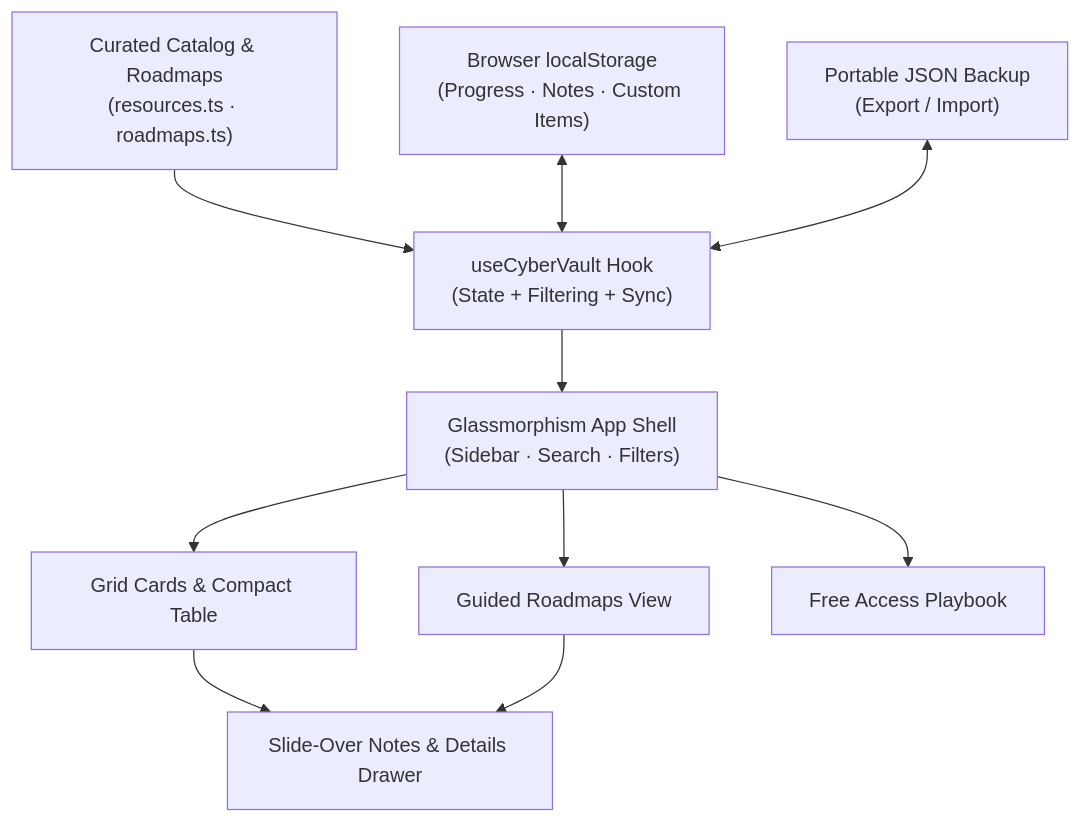
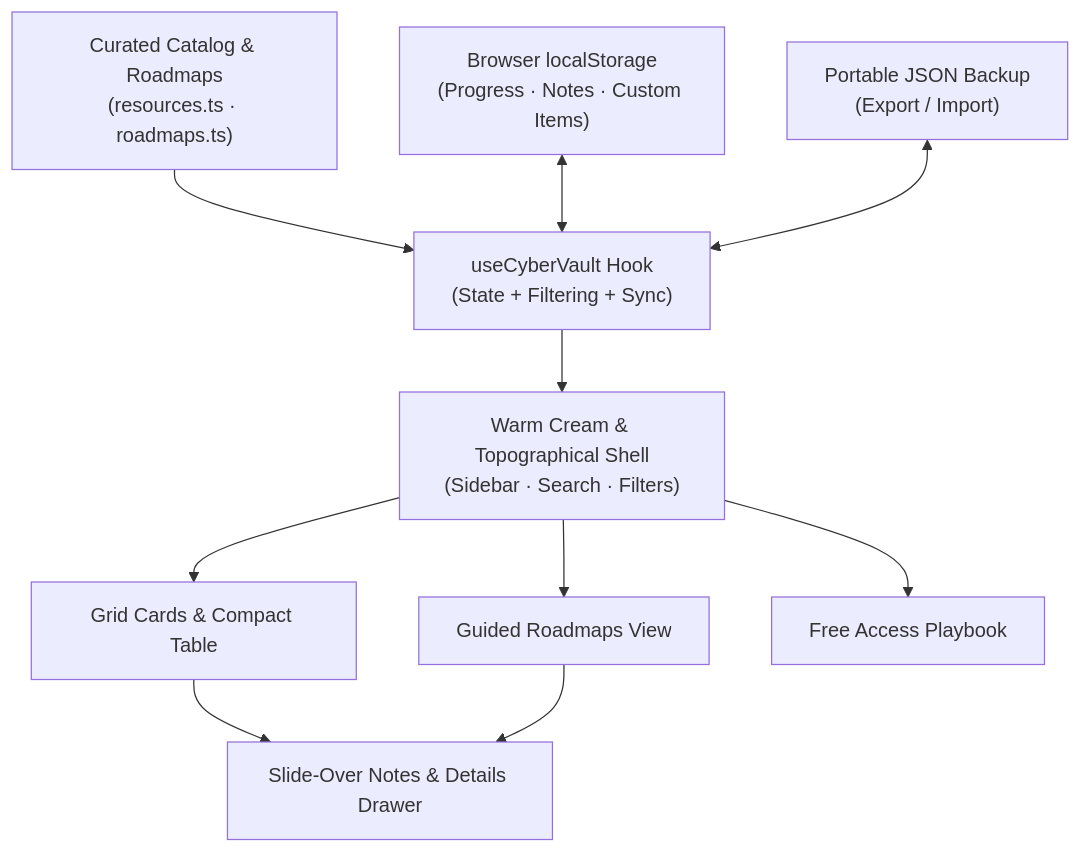
The diagram in README.md (jojin1709/SecStudy), drawn with Mermaid before and after one commit. The commit also changed other lines of this file and 1 other file, not shown here.

Commit message:
docs: make README web-first for secstudy-free.vercel.app and add LinkedIn

````diff
--- a/README.md
+++ b/README.md
@@ -160,13 +147,13 @@
 ```mermaid
 flowchart TD
     DATA["Curated Catalog &amp; Roadmaps<br/>(resources.ts · roadmaps.ts)"] --> HOOK["useCyberVault Hook<br/>(State + Filtering + Sync)"]
     LS["Browser localStorage<br/>(Progress · Notes · Custom Items)"] <--> HOOK
     JSON["Portable JSON Backup<br/>(Export / Import)"] <--> HOOK
 
-    HOOK --> SHELL["Glassmorphism App Shell<br/>(Sidebar · Search · Filters)"]
+    HOOK --> SHELL["Warm Cream &amp; Topographical Shell<br/>(Sidebar · Search · Filters)"]
     SHELL --> GRID["Grid Cards &amp; Compact Table"]
     SHELL --> ROAD["Guided Roadmaps View"]
     SHELL --> PLAY["Free Access Playbook"]
     GRID --> DRAWER["Slide-Over Notes &amp; Details Drawer"]
     ROAD --> DRAWER
 ```
````
